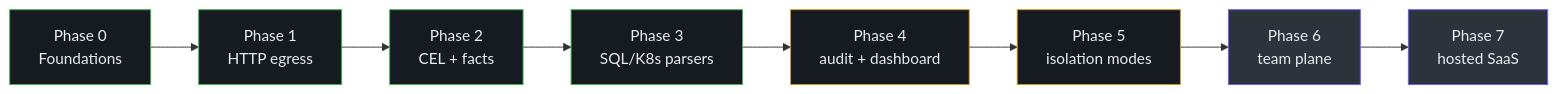
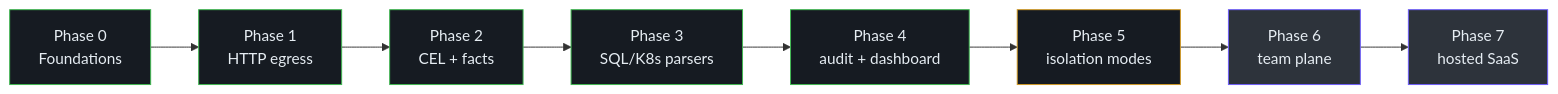
The first of 2 diagrams in wiki/deep-dive/roadmap-open-core.md (pleaseai/honmoon), drawn with Mermaid before and after one commit. The commit also changed other lines of this file and 19 other files, not shown here.

````diff
--- a/wiki/deep-dive/roadmap-open-core.md
+++ b/wiki/deep-dive/roadmap-open-core.md
@@ -28,18 +28,18 @@
 ```mermaid
 flowchart LR
   p0["Phase 0<br>Foundations"] --> p1["Phase 1<br>HTTP egress"]
   p1 --> p2["Phase 2<br>CEL + facts"]
   p2 --> p3["Phase 3<br>SQL/K8s parsers"]
   p3 --> p4["Phase 4<br>audit + dashboard"]
   p4 --> p5["Phase 5<br>isolation modes"]
   p5 --> p6["Phase 6<br>team plane"]
   p6 --> p7["Phase 7<br>hosted SaaS"]
   style p0 fill:#161b22,stroke:#3fb950,color:#e6edf3
   style p1 fill:#161b22,stroke:#3fb950,color:#e6edf3
   style p2 fill:#161b22,stroke:#3fb950,color:#e6edf3
   style p3 fill:#161b22,stroke:#3fb950,color:#e6edf3
-  style p4 fill:#161b22,stroke:#d29922,color:#e6edf3
+  style p4 fill:#161b22,stroke:#3fb950,color:#e6edf3
   style p5 fill:#161b22,stroke:#d29922,color:#e6edf3
   style p6 fill:#2d333b,stroke:#6d5dfc,color:#e6edf3
   style p7 fill:#2d333b,stroke:#6d5dfc,color:#e6edf3
 ```
````
